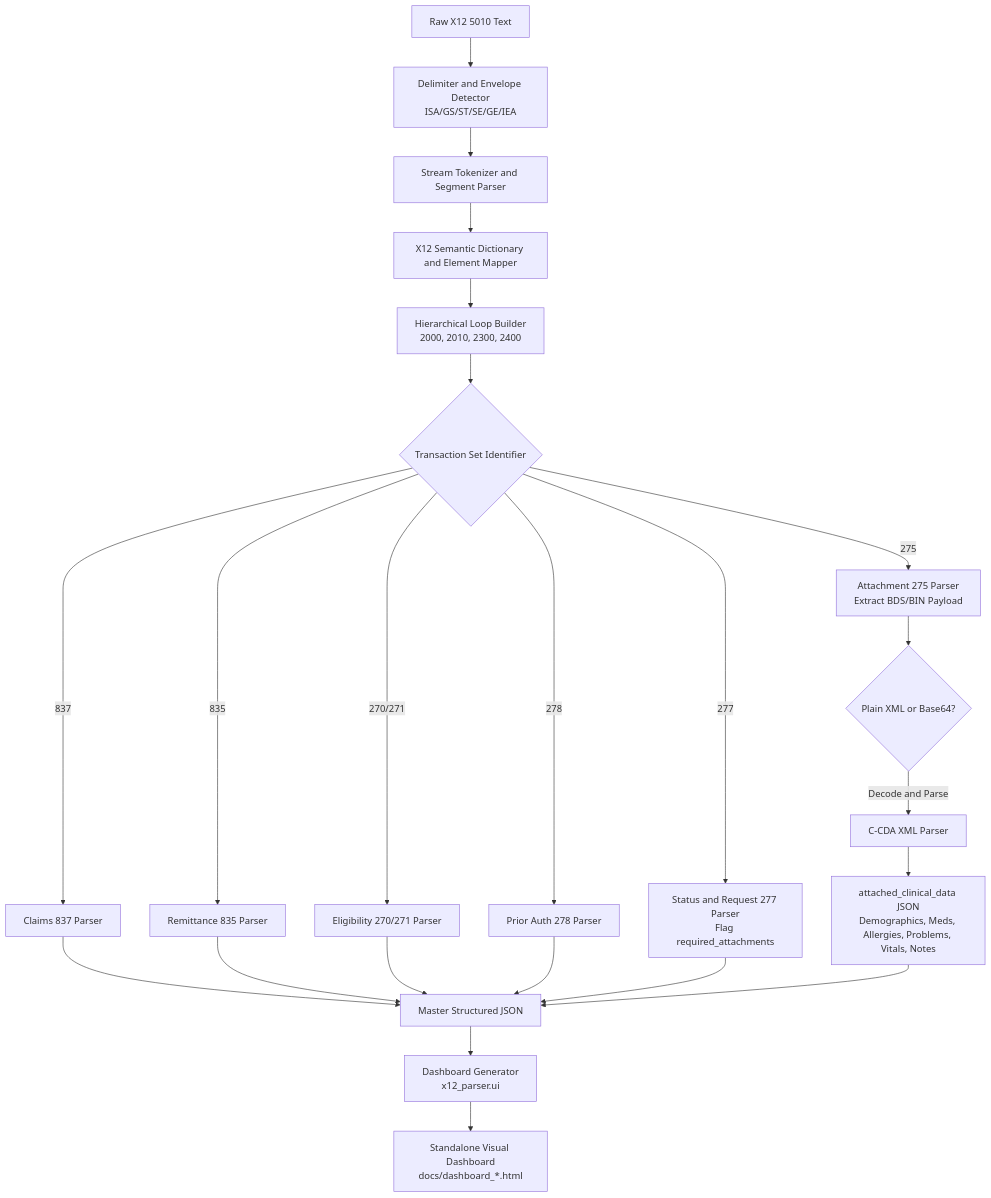
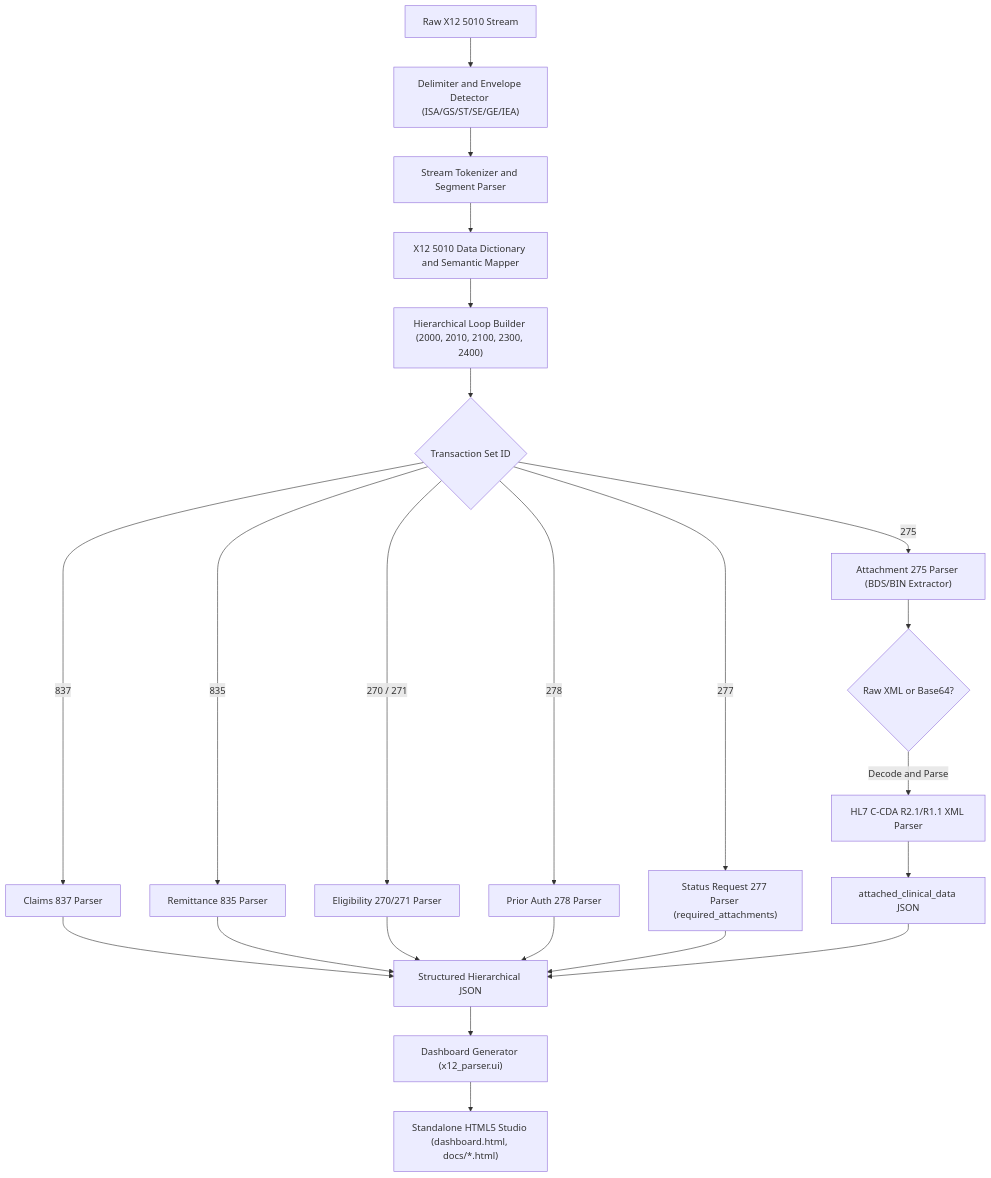
The diagram in README.md (terravic/x12-to-json-parser), drawn with Mermaid before and after one commit. The commit also changed other lines of this file and 29 other files, not shown here.

````diff
--- a/README.md
+++ b/README.md
@@ -83,29 +82,29 @@
 ```mermaid
 graph TD
-    Raw[Raw X12 5010 Text] --> Delim[Delimiter and Envelope Detector<br>ISA/GS/ST/SE/GE/IEA]
-    Delim --> Tok[Stream Tokenizer and Segment Parser]
-    Tok --> Dict[X12 Semantic Dictionary and Element Mapper]
-    Dict --> Loop[Hierarchical Loop Builder<br>2000, 2010, 2300, 2400]
-    
-    Loop --> Route{Transaction Set Identifier}
-    Route -->|837| P837[Claims 837 Parser]
-    Route -->|835| P835[Remittance 835 Parser]
-    Route -->|270/271| P270[Eligibility 270/271 Parser]
-    Route -->|278| P278[Prior Auth 278 Parser]
-    Route -->|277| P277[Status and Request 277 Parser<br>Flag required_attachments]
-    Route -->|275| P275[Attachment 275 Parser<br>Extract BDS/BIN Payload]
-    
-    P275 --> XMLDetect{Plain XML or Base64?}
-    XMLDetect -->|Decode and Parse| CCDA[C-CDA XML Parser]
-    CCDA --> ClinJSON[attached_clinical_data JSON<br>Demographics, Meds, Allergies, Problems, Vitals, Notes]
-    
-    P837 --> Output[Master Structured JSON]
+    Raw["Raw X12 5010 Stream"] --> Delim["Delimiter and Envelope Detector (ISA/GS/ST/SE/GE/IEA)"]
+    Delim --> Tok["Stream Tokenizer and Segment Parser"]
+    Tok --> Dict["X12 5010 Data Dictionary and Semantic Mapper"]
+    Dict --> Loop["Hierarchical Loop Builder (2000, 2010, 2100, 2300, 2400)"]
+
+    Loop --> Route{"Transaction Set ID"}
+    Route -->|837| P837["Claims 837 Parser"]
+    Route -->|835| P835["Remittance 835 Parser"]
+    Route -->|270 / 271| P270["Eligibility 270/271 Parser"]
+    Route -->|278| P278["Prior Auth 278 Parser"]
+    Route -->|277| P277["Status Request 277 Parser (required_attachments)"]
+    Route -->|275| P275["Attachment 275 Parser (BDS/BIN Extractor)"]
+
+    P275 --> XMLDetect{"Raw XML or Base64?"}
+    XMLDetect -->|Decode and Parse| CCDA["HL7 C-CDA R2.1/R1.1 XML Parser"]
+    CCDA --> ClinJSON["attached_clinical_data JSON"]
+
+    P837 --> Output["Structured Hierarchical JSON"]
     P835 --> Output
     P270 --> Output
     P278 --> Output
     P277 --> Output
     ClinJSON --> Output
-    
-    Output --> DashGen[Dashboard Generator<br>x12_parser.ui]
-    DashGen --> HTMLDash[Standalone Visual Dashboard<br>docs/dashboard_*.html]
+
+    Output --> DashGen["Dashboard Generator (x12_parser.ui)"]
+    DashGen --> HTMLDash["Standalone HTML5 Studio (dashboard.html, docs/*.html)"]
 ```
````
